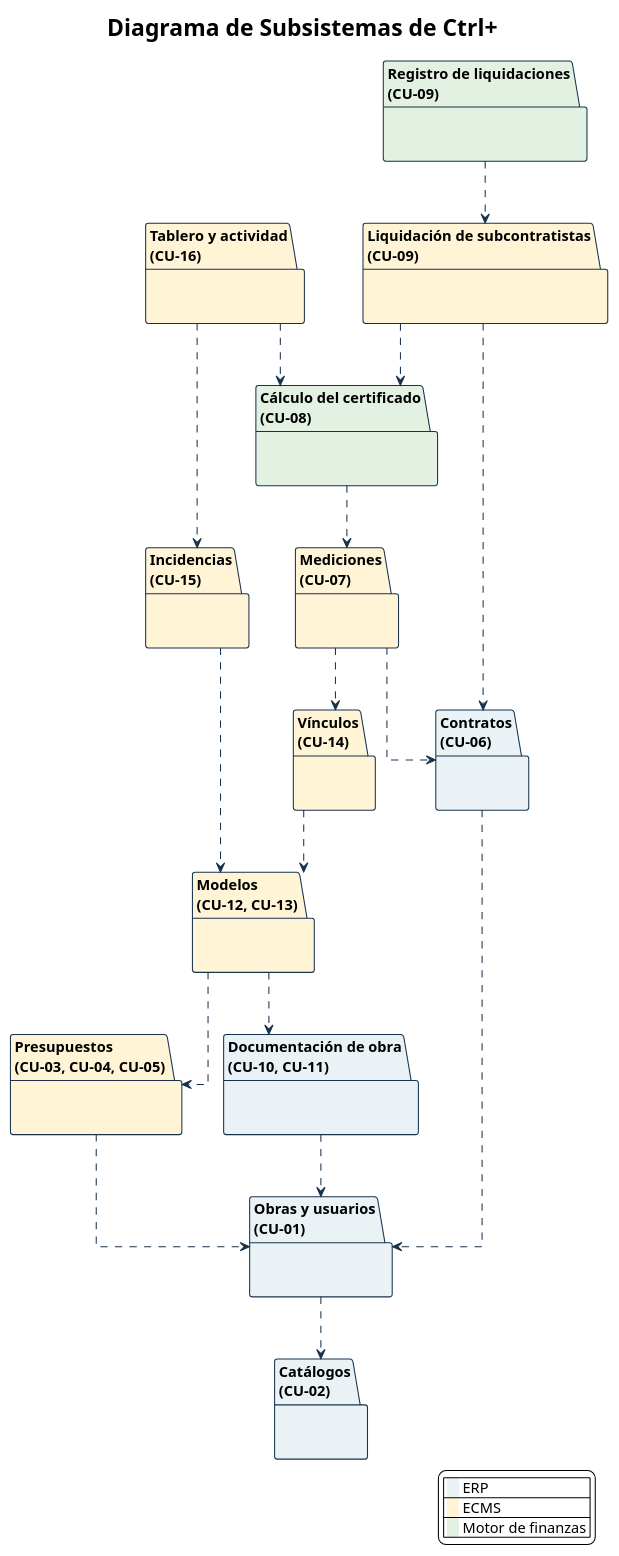
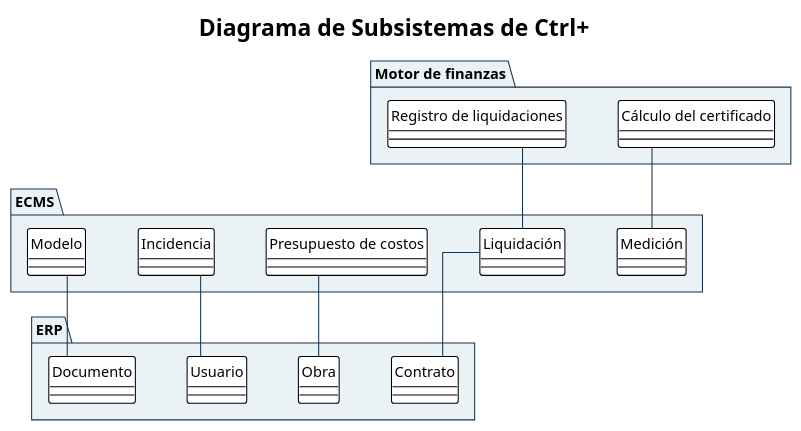
Before and after one commit to Ssrrb/tpf-uca: the diagram in diagramas/CU-00-paquetes.puml, drawn with PlantUML.

Commit message:
Diagrama de subsistemas con clases de alto nivel por subsistema
Claude-Session: https://claude.ai/code/session_01SsyG3wUJjJavC4bKm9ePMa

```diff
--- a/diagramas/CU-00-paquetes.puml
+++ b/diagramas/CU-00-paquetes.puml
@@ -1,94 +1,72 @@
 @startuml
 !theme plain
 skinparam style strictuml
 skinparam shadowing false
 skinparam defaultFontName Arial
 skinparam defaultFontSize 14
 skinparam ArrowColor #17324D
 skinparam activity {
   StartColor #17324D
   EndColor #17324D
   BarColor #17324D
   BackgroundColor #F5F8FA
   BorderColor #17324D
   DiamondBackgroundColor #EAF2F6
   DiamondBorderColor #17324D
 }
 skinparam swimlane {
   BorderColor #17324D
   TitleBackgroundColor #EAF2F6
 }
 skinparam state {
   StartColor #17324D
   EndColor #17324D
   BackgroundColor #F5F8FA
   BorderColor #17324D
 }
 skinparam package {
   BackgroundColor #EAF2F6
   BorderColor #17324D
 }
 skinparam note {
   BackgroundColor #FFFFFF
   BorderColor #17324D
 }
 title Diagrama de Subsistemas de Ctrl+
-skinparam nodesep 40
-skinparam ranksep 60
+skinparam nodesep 50
+skinparam ranksep 70
 skinparam linetype ortho
 skinparam package {
   BackgroundColor #EAF2F6
   BorderColor #17324D
 }
 
-package "Tablero y actividad\n(CU-16)" as tab #FFF4D6 {
-}
-package "Registro de liquidaciones\n(CU-09)" as reg #E3F1E3 {
-}
-package "Incidencias\n(CU-15)" as inc #FFF4D6 {
-}
-package "Liquidación de subcontratistas\n(CU-09)" as liq #FFF4D6 {
-}
-package "Cálculo del certificado\n(CU-08)" as cal #E3F1E3 {
-}
-package "Mediciones\n(CU-07)" as med #FFF4D6 {
-}
-package "Vínculos\n(CU-14)" as vin #FFF4D6 {
-}
-package "Modelos\n(CU-12, CU-13)" as mod #FFF4D6 {
-}
-package "Presupuestos\n(CU-03, CU-04, CU-05)" as pre #FFF4D6 {
-}
-package "Contratos\n(CU-06)" as con #EAF2F6 {
-}
-package "Documentación de obra\n(CU-10, CU-11)" as doc #EAF2F6 {
-}
-package "Obras y usuarios\n(CU-01)" as obr #EAF2F6 {
-}
-package "Catálogos\n(CU-02)" as cat #EAF2F6 {
+
+package "Motor de finanzas" {
+  class "Cálculo del certificado" as CalculoCertificado
+  class "Registro de liquidaciones" as RegistroLiquidacion
 }
 
-legend right
-  | <back:#EAF2F6>   </back> ERP |
-  | <back:#FFF4D6>   </back> ECMS |
-  | <back:#E3F1E3>   </back> Motor de finanzas |
-endlegend
+package "ECMS" {
+  class "Medición" as Medicion
+  class "Liquidación" as Liquidacion
+  class "Presupuesto de costos" as PresupuestoCostos
+  class "Incidencia" as Incidencia
+  class "Modelo" as Modelo
+}
 
-tab .down.> inc
-tab .down.> cal
-reg .down.> liq
-liq .down.> cal
-liq .down.> con
-cal .down.> med
-med .down.> vin
-med .down.> con
-inc .down.> mod
-vin .down.> mod
-mod .down.> pre
-mod .down.> doc
-pre .down.> obr
-doc .down.> obr
-con .down.> obr
-obr .down.> cat
+package "ERP" {
+  class "Contrato" as Contrato
+  class "Obra" as Obra
+  class "Usuario" as Usuario
+  class "Documento" as Documento
+}
+
+CalculoCertificado -down- Medicion
+RegistroLiquidacion -down- Liquidacion
+Liquidacion -down- Contrato
+PresupuestoCostos -down- Obra
+Incidencia -down- Usuario
+Modelo -down- Documento
 
 @enduml
```
